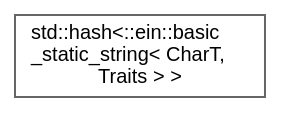
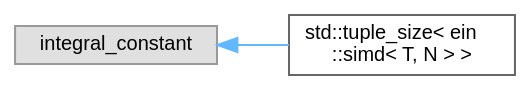
One commit to ekmett/ein changed the diagram in inherit_graph_11.dot. Above: the diagram before and after it, drawn with Graphviz. The commit also changed 65 other files, not shown here.

```diff
--- a/inherit_graph_11.dot
+++ b/inherit_graph_11.dot
@@ -1,10 +1,12 @@
 digraph "Graphical Class Hierarchy"
 {
  // INTERACTIVE_SVG=YES
  // LATEX_PDF_SIZE
   bgcolor="transparent";
   edge [fontname=Helvetica,fontsize=10,labelfontname=Helvetica,labelfontsize=10];
   node [fontname=Helvetica,fontsize=10,shape=box,height=0.2,width=0.4];
   rankdir="LR";
-  Node0 [id="Node000000",label="std::hash\<::ein::basic\l_static_string\< CharT,\l Traits \> \>",height=0.2,width=0.4,color="grey40", fillcolor="white", style="filled",URL="$structstd_1_1hash_3_1_1ein_1_1basic__static__string_3_01CharT_00_01Traits_01_4_01_4.html",tooltip=" "];
+  Node0 [id="Node000000",label="integral_constant",height=0.2,width=0.4,color="grey60", fillcolor="#E0E0E0", style="filled",tooltip=" "];
+  Node0 -> Node1 [id="edge1_Node000000_Node000001",dir="back",color="steelblue1",style="solid",tooltip=" "];
+  Node1 [id="Node000001",label="std::tuple_size\< ein\l::simd\< T, N \> \>",height=0.2,width=0.4,color="grey40", fillcolor="white", style="filled",URL="$group__simd.html#structstd_1_1tuple__size_3_01ein_1_1simd_3_01T_00_01N_01_4_01_4",tooltip=" "];
 }
```
